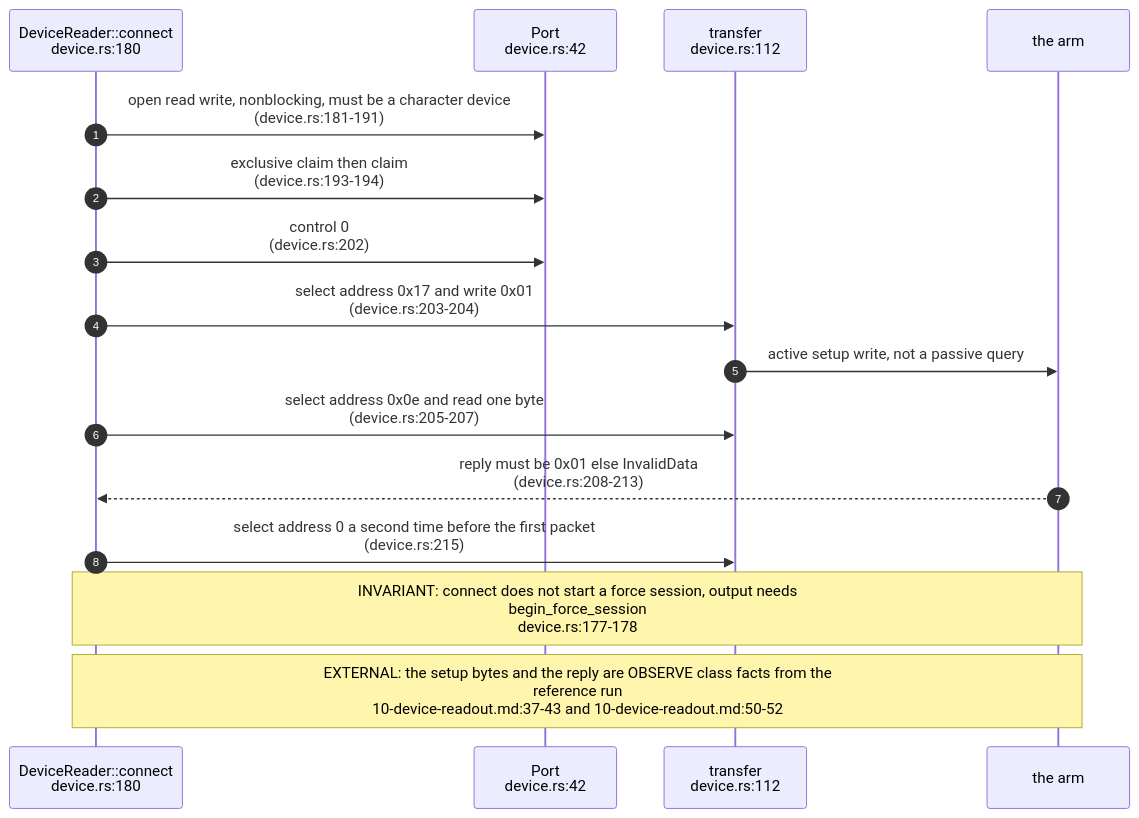
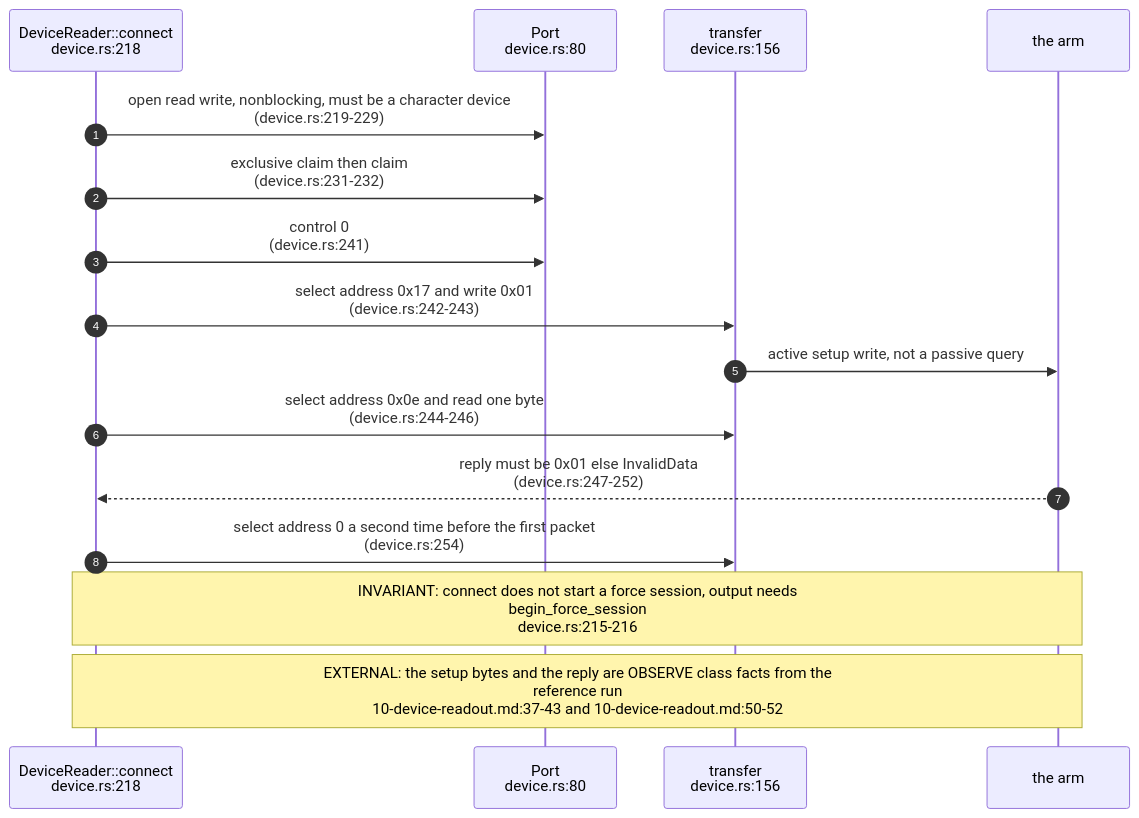
The second of 5 diagrams in docs/diagrams/visiontouch-rs/02-transport-software-epp-and-force-session.md (DreamLab-AI/VisionFlow), drawn with Mermaid before and after one commit. The commit also changed other lines of this file and 36 other files, not shown here.

First line of the commit message:
docs(diagrams): re-derive and re-stamp agentbox, dream-engine, visioncraft, visiontouch and vowl topics; drop LAN addresses

````diff
--- a/docs/diagrams/visiontouch-rs/02-transport-software-epp-and-force-session.md
+++ b/docs/diagrams/visiontouch-rs/02-transport-software-epp-and-force-session.md
@@ -58,18 +58,18 @@
 ```mermaid
 sequenceDiagram
     autonumber
-    participant CN as DeviceReader::connect<br/>device.rs:180
-    participant PT as Port<br/>device.rs:42
-    participant TR as transfer<br/>device.rs:112
+    participant CN as DeviceReader::connect<br/>device.rs:218
+    participant PT as Port<br/>device.rs:80
+    participant TR as transfer<br/>device.rs:156
     participant DV as the arm
-    CN->>PT: open read write, nonblocking, must be a character device<br/>(device.rs:181-191)
-    CN->>PT: exclusive claim then claim<br/>(device.rs:193-194)
-    CN->>PT: control 0<br/>(device.rs:202)
-    CN->>TR: select address 0x17 and write 0x01<br/>(device.rs:203-204)
+    CN->>PT: open read write, nonblocking, must be a character device<br/>(device.rs:219-229)
+    CN->>PT: exclusive claim then claim<br/>(device.rs:231-232)
+    CN->>PT: control 0<br/>(device.rs:241)
+    CN->>TR: select address 0x17 and write 0x01<br/>(device.rs:242-243)
     TR->>DV: active setup write, not a passive query
-    CN->>TR: select address 0x0e and read one byte<br/>(device.rs:205-207)
-    DV-->>CN: reply must be 0x01 else InvalidData<br/>(device.rs:208-213)
-    CN->>TR: select address 0 a second time before the first packet<br/>(device.rs:215)
-    Note over CN,DV: INVARIANT: connect does not start a force session, output needs<br/>begin_force_session<br/>device.rs:177-178
+    CN->>TR: select address 0x0e and read one byte<br/>(device.rs:244-246)
+    DV-->>CN: reply must be 0x01 else InvalidData<br/>(device.rs:247-252)
+    CN->>TR: select address 0 a second time before the first packet<br/>(device.rs:254)
+    Note over CN,DV: INVARIANT: connect does not start a force session, output needs<br/>begin_force_session<br/>device.rs:215-216
     Note over CN,DV: EXTERNAL: the setup bytes and the reply are OBSERVE class facts from the<br/>reference run<br/>10-device-readout.md:37-43 and 10-device-readout.md:50-52
 ```
````
